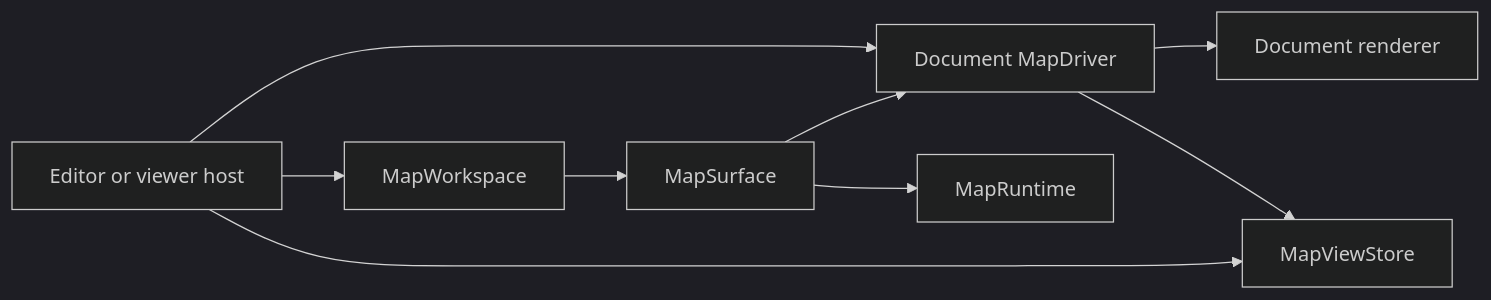
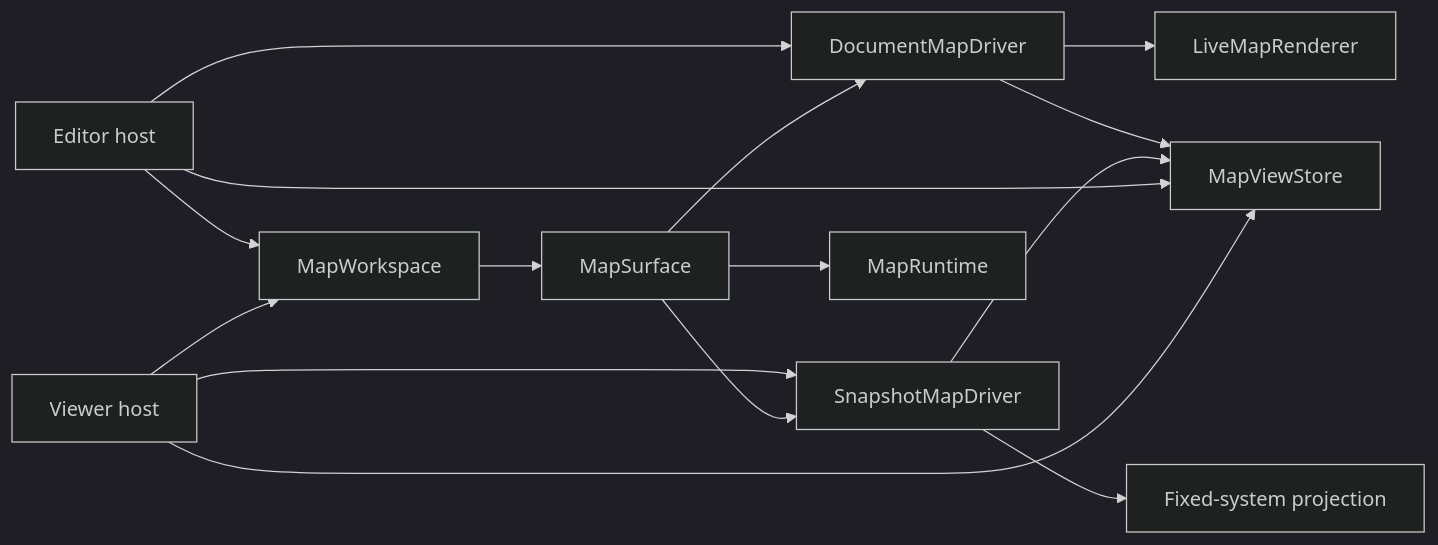
The second of 2 diagrams in docs/development/reference/project-structure.md (LasVegasForTransit/transit-mapper), drawn with Mermaid (dark theme) before and after one commit. The commit also changed other lines of this file and 11 other files, not shown here.

First line of the commit message:
chore(renderer): Keep read-only viewers out of the live renderer

````diff
--- a/docs/development/reference/project-structure.md
+++ b/docs/development/reference/project-structure.md
@@ -295,11 +299,17 @@
 ```mermaid
 flowchart LR
-  Host[Editor or viewer host] --> Workspace[MapWorkspace]
-  Host --> Driver[Document MapDriver]
+  Editor[Editor host] --> Workspace[MapWorkspace]
+  Viewer[Viewer host] --> Workspace
+  Editor --> DocumentDriver[DocumentMapDriver]
+  Viewer --> SnapshotDriver[SnapshotMapDriver]
   Workspace --> Surface[MapSurface]
   Surface --> Runtime[MapRuntime]
-  Surface --> Driver
-  Driver --> Renderer[Document renderer]
-  Driver --> ViewStore[MapViewStore]
-  Host --> ViewStore
+  Surface --> DocumentDriver
+  Surface --> SnapshotDriver
+  DocumentDriver --> Renderer[LiveMapRenderer]
+  SnapshotDriver --> Projection[Fixed-system projection]
+  DocumentDriver --> ViewStore[MapViewStore]
+  SnapshotDriver --> ViewStore
+  Editor --> ViewStore
+  Viewer --> ViewStore
 ```
````
